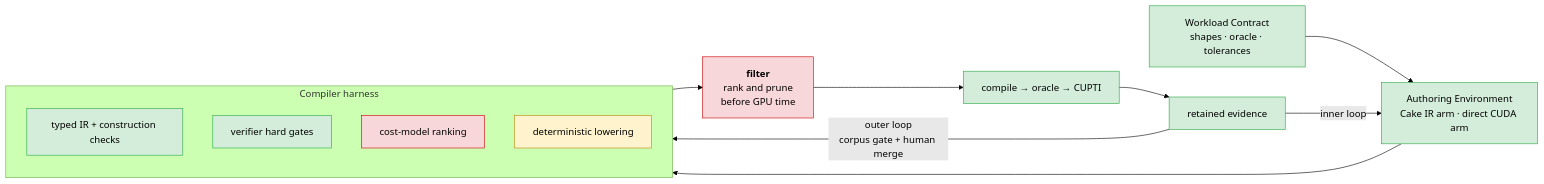
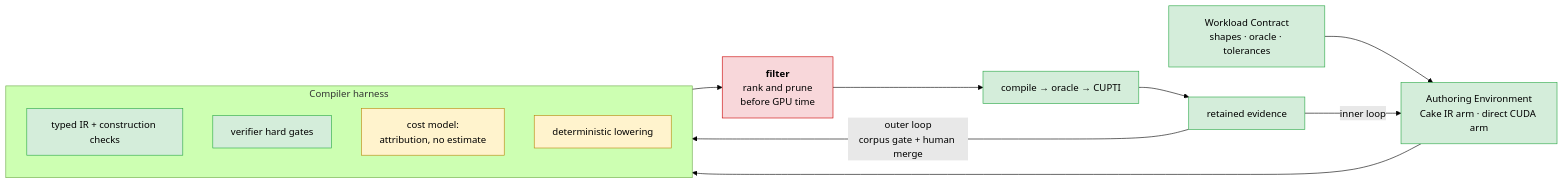
One commit to qhy991/open-cake-ir changed the seventh of 7 diagrams in docs/ARCHITECTURE.md. Above: the diagram before and after it, drawn with Mermaid (forest theme). The commit also changed other lines of this file, not shown here.

First line of the commit message:
Update the cost-model box now that attribution exists

````diff
--- a/docs/ARCHITECTURE.md
+++ b/docs/ARCHITECTURE.md
@@ -230,29 +230,29 @@
 ```mermaid
 graph LR
     W["Workload Contract<br/>shapes · oracle · tolerances"] --> AE
     AE["Authoring Environment<br/>Cake IR arm · direct CUDA arm"] --> CH
 
     subgraph CH["Compiler harness"]
         direction TB
         T1["typed IR + construction checks"]
         T2["verifier hard gates"]
-        T3["cost-model ranking"]
+        T3["cost model:<br/>attribution, no estimate"]
         T4["deterministic lowering"]
     end
 
     CH --> FIL["<b>filter</b><br/>rank and prune<br/>before GPU time"]
     FIL --> EX["compile → oracle → CUPTI"]
     EX --> EVD["retained evidence"]
     EVD -->|inner loop| AE
     EVD -->|"outer loop<br/>corpus gate + human merge"| CH
 
     style T1 fill:#d4edda,stroke:#28a745
     style T2 fill:#d4edda,stroke:#28a745
     style T4 fill:#fff3cd,stroke:#b8860b
-    style T3 fill:#f8d7da,stroke:#c00
+    style T3 fill:#fff3cd,stroke:#b8860b
     style FIL fill:#f8d7da,stroke:#c00
     style W fill:#d4edda,stroke:#28a745
     style AE fill:#d4edda,stroke:#28a745
     style EX fill:#d4edda,stroke:#28a745
     style EVD fill:#d4edda,stroke:#28a745
 ```
````
